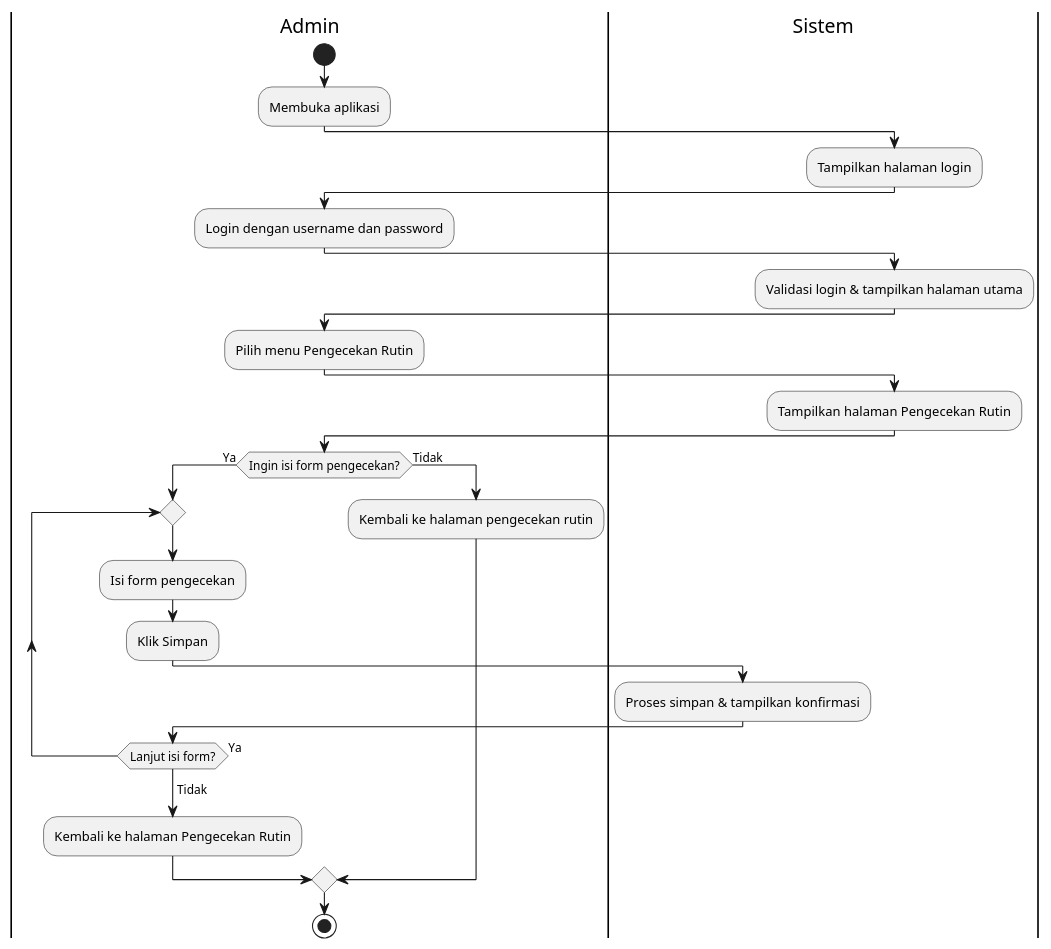
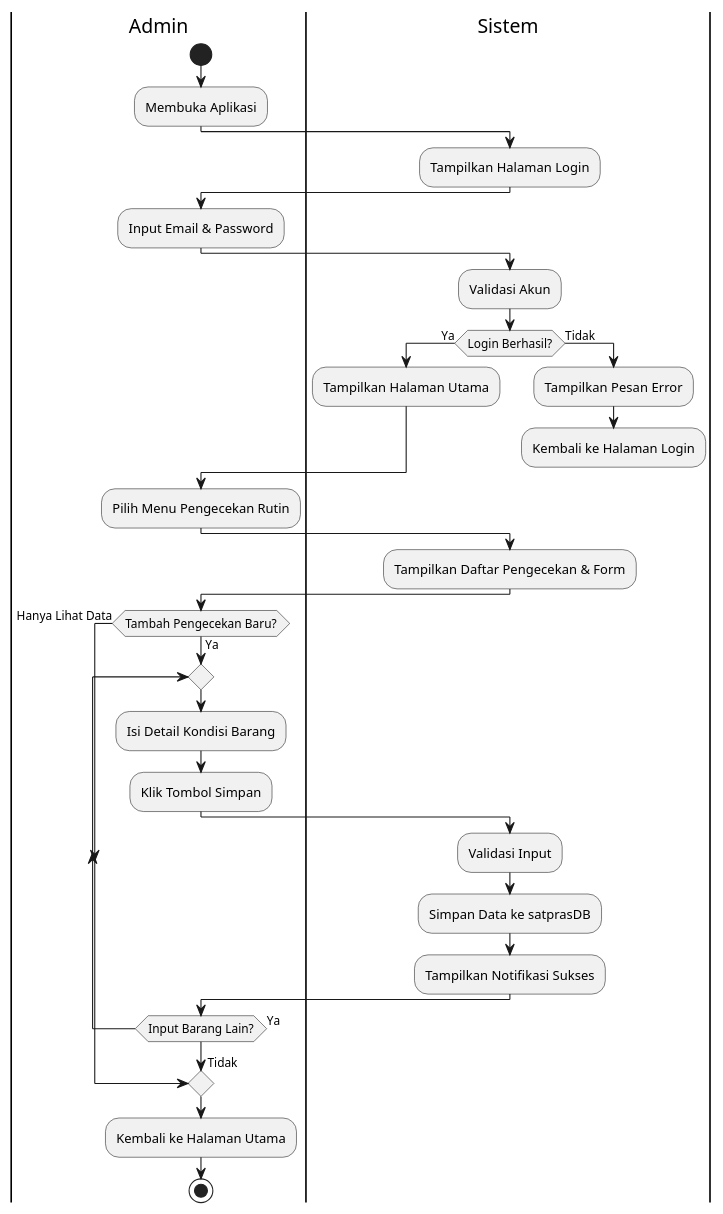
Before and after one commit to Fannandya/diagramPABD: the diagram in Activity Diagram/activityPengecekanRutin.puml, drawn with PlantUML.

Commit message:
update pengecekan rutin

```diff
--- a/Activity Diagram/activityPengecekanRutin.puml
+++ b/Activity Diagram/activityPengecekanRutin.puml
@@ -1,38 +1,51 @@
 @startuml activityPengecekanRutin
+
 |Admin|
 start
-:Membuka aplikasi;
+:Membuka Aplikasi;
 
 |Sistem|
-:Tampilkan halaman login;
+:Tampilkan Halaman Login;
 
 |Admin|
-:Login dengan username dan password;
+:Input Email & Password;
 
 |Sistem|
-:Validasi login & tampilkan halaman utama;
+:Validasi Akun;
+if (Login Berhasil?) then (Ya)
+  :Tampilkan Halaman Utama;
+else (Tidak)
+  :Tampilkan Pesan Error;
+  :Kembali ke Halaman Login;
+  detach
+endif
 
 |Admin|
-:Pilih menu Pengecekan Rutin;
+:Pilih Menu Pengecekan Rutin;
 
 |Sistem|
-:Tampilkan halaman Pengecekan Rutin;
+:Tampilkan Daftar Pengecekan & Form;
 
 |Admin|
-if (Ingin isi form pengecekan?) then (Ya)
+if (Tambah Pengecekan Baru?) then (Ya)
   repeat
     |Admin|
-    :Isi form pengecekan;
-    :Klik Simpan;
+    :Isi Detail Kondisi Barang;
+    :Klik Tombol Simpan;
+    
     |Sistem|
-    :Proses simpan & tampilkan konfirmasi;
+    :Validasi Input;
+    :Simpan Data ke satprasDB;
+    :Tampilkan Notifikasi Sukses;
+    
     |Admin|
-  repeat while (Lanjut isi form?) is (Ya)
+  repeat while (Input Barang Lain?) is (Ya)
   ->Tidak;
-  :Kembali ke halaman Pengecekan Rutin;
-else (Tidak)
-  :Kembali ke halaman pengecekan rutin;
+else (Hanya Lihat Data)
 endif
 
+|Admin|
+:Kembali ke Halaman Utama;
 stop
+
 @enduml
```
